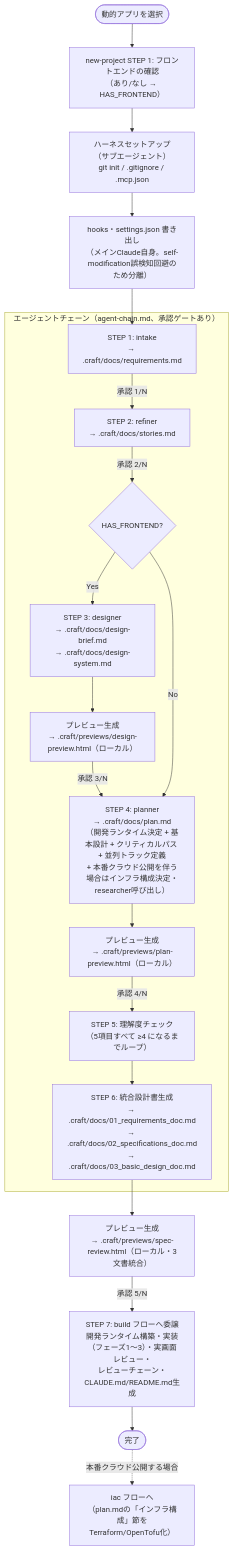
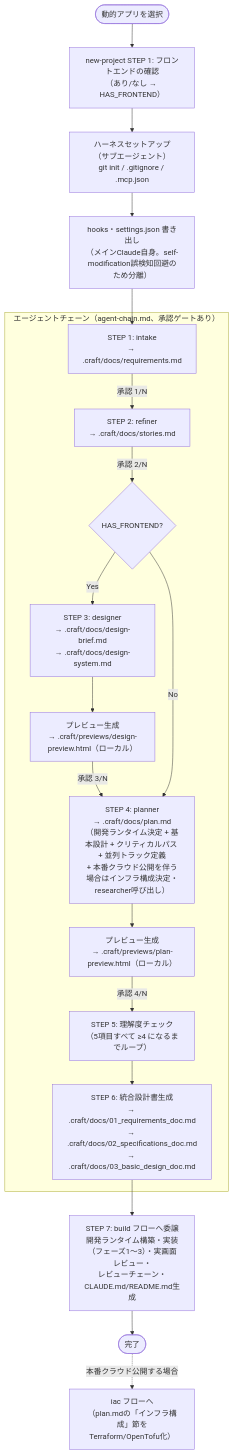
One commit to agaemo/dotfiles changed the diagram in claude/skills/craft/flows/new-project/README.md. Above: the diagram before and after it, drawn with Mermaid. The commit also changed 8 other files, not shown here.

````diff
--- a/claude/skills/craft/flows/new-project/README.md
+++ b/claude/skills/craft/flows/new-project/README.md
@@ -6,38 +6,37 @@
 ```mermaid
 flowchart TD
     START([動的アプリを選択]) --> S0
 
     S0["new-project STEP 1: フロントエンドの確認\n（あり/なし → HAS_FRONTEND）"]
     S0 --> SETUP
 
     SETUP["ハーネスセットアップ\n（サブエージェント）\ngit init / .gitignore / .mcp.json"]
     SETUP --> SETUP2["hooks・settings.json 書き出し\n（メインClaude自身。self-modification誤検知回避のため分離）"]
     SETUP2 --> S1
 
     subgraph DESIGN["エージェントチェーン（agent-chain.md、承認ゲートあり）"]
         S1["STEP 1: intake\n→ .craft/docs/requirements.md"]
         S1 -->|承認 1/N| S2
         S2["STEP 2: refiner\n→ .craft/docs/stories.md"]
         S2 -->|承認 2/N| S3_CHECK
 
         S3_CHECK{HAS_FRONTEND?}
         S3_CHECK -->|Yes| S3["STEP 3: designer\n→ .craft/docs/design-brief.md\n→ .craft/docs/design-system.md"]
         S3 --> S3P["プレビュー生成\n→ .craft/previews/design-preview.html（ローカル）"]
         S3P -->|承認 3/N| S4
         S3_CHECK -->|No| S4
 
         S4["STEP 4: planner\n→ .craft/docs/plan.md\n（開発ランタイム決定 + 基本設計 + クリティカルパス + 並列トラック定義\n+ 本番クラウド公開を伴う場合はインフラ構成決定・researcher呼び出し）"]
         S4 --> S4P["プレビュー生成\n→ .craft/previews/plan-preview.html（ローカル）"]
         S4P -->|承認 4/N| S45
         S45["STEP 5: 理解度チェック\n（5項目すべて ≥4 になるまでループ）"]
         S45 --> S5
     end
 
     S5["STEP 6: 統合設計書生成\n→ .craft/docs/01_requirements_doc.md\n→ .craft/docs/02_specifications_doc.md\n→ .craft/docs/03_basic_design_doc.md"]
-    S5 --> S5P["プレビュー生成\n→ .craft/previews/spec-review.html（ローカル・3文書統合）"]
-    S5P -->|承認 5/N| S6
+    S5 --> S6
 
     S6["STEP 7: build フローへ委譲\n開発ランタイム構築・実装（フェーズ1〜3）・実画面レビュー・\nレビューチェーン・CLAUDE.md/README.md生成"]
     S6 --> END([完了])
     END -.->|本番クラウド公開する場合| IAC["iac フローへ\n（plan.mdの「インフラ構成」節をTerraform/OpenTofu化）"]
 ```
````
